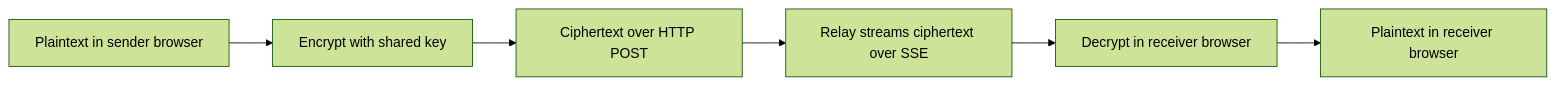
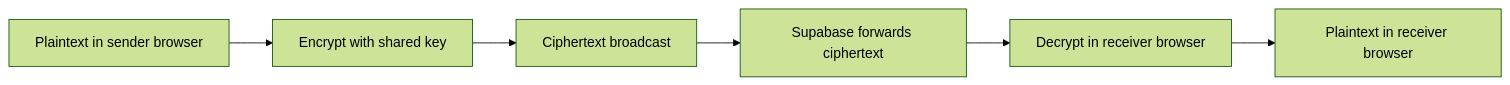
One commit to matthewlovestocode/e2echat changed the third of 3 diagrams in docs/how-to-run.md. Above: the diagram before and after it, drawn with Mermaid (forest theme). The commit also changed other lines of this file and 19 other files, not shown here.

````diff
--- a/docs/how-to-run.md
+++ b/docs/how-to-run.md
@@ -172,11 +180,11 @@
 ```mermaid
 flowchart LR
   plain["Plaintext in sender browser"]
   encrypt["Encrypt with shared key"]
-  wire["Ciphertext over HTTP POST"]
-  relay["Relay streams ciphertext over SSE"]
+  wire["Ciphertext broadcast"]
+  relay["Supabase forwards ciphertext"]
   decrypt["Decrypt in receiver browser"]
   readable["Plaintext in receiver browser"]
 
   plain --> encrypt --> wire --> relay --> decrypt --> readable
 ```
````
